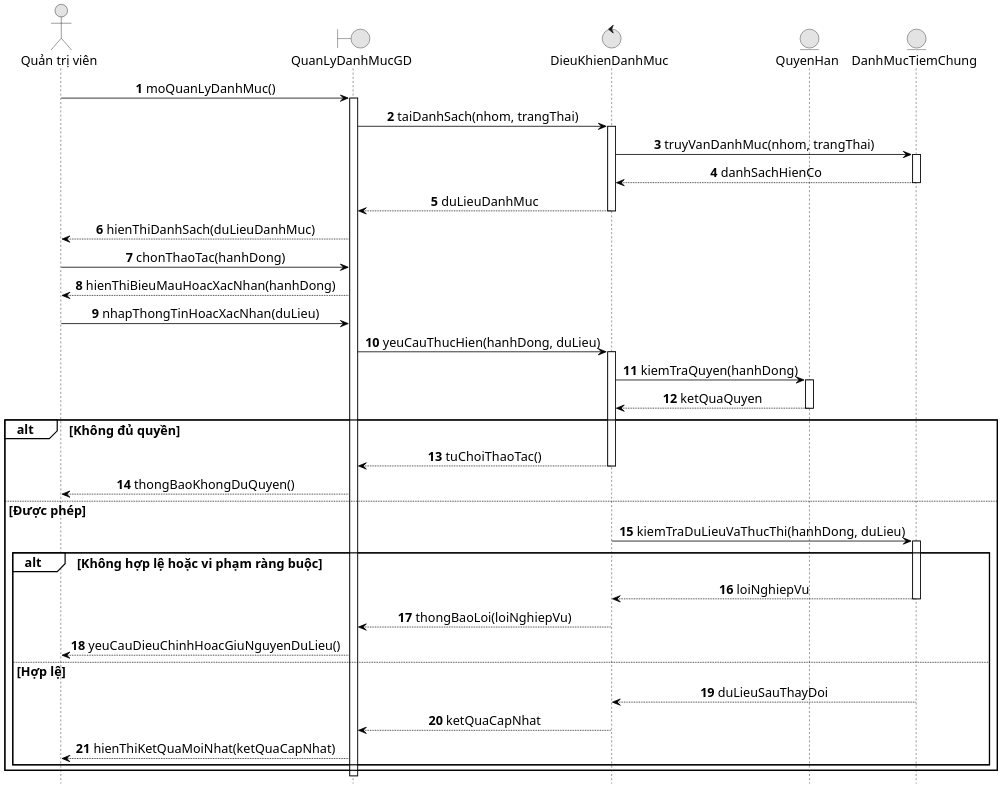
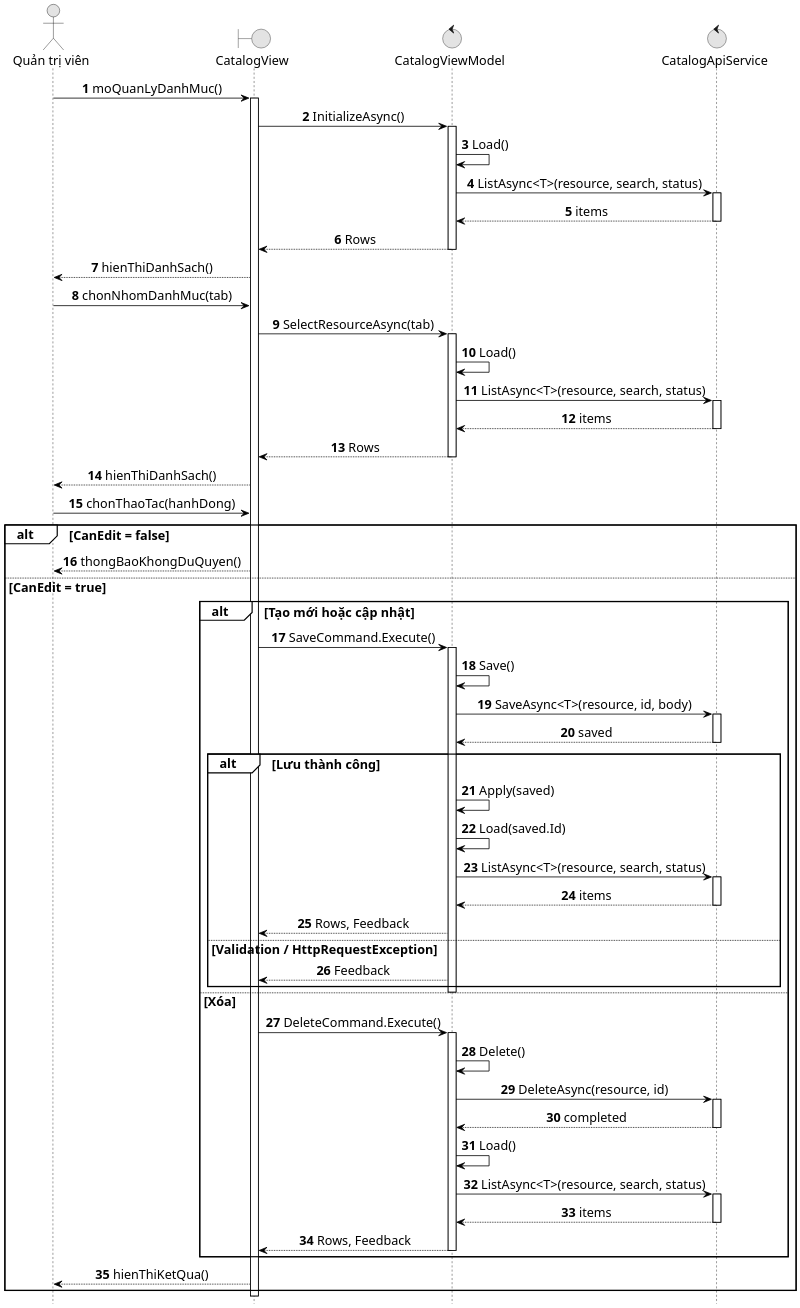
One commit to datngo1203/KLCN-QuanLyTiemChung changed the diagram in docs/thesis/uml/Hinh_2_10_Sequence_Quan_Ly_Danh_Muc_Tiem_Chung.puml. Above: the diagram before and after it, drawn with PlantUML.

Commit message:
docs: align UC1 sequence names with implementation

```diff
--- a/docs/thesis/uml/Hinh_2_10_Sequence_Quan_Ly_Danh_Muc_Tiem_Chung.puml
+++ b/docs/thesis/uml/Hinh_2_10_Sequence_Quan_Ly_Danh_Muc_Tiem_Chung.puml
@@ -1,80 +1,104 @@
 @startuml
 ' THESIS-R1 - HUIT/Rational Rose Sequence Diagram profile
+' UC1 naming aligned to main implementation
 skinparam monochrome true
 skinparam shadowing false
 skinparam backgroundColor white
 skinparam defaultFontName "Times New Roman"
 skinparam defaultFontSize 16
 skinparam dpi 180
 skinparam sequence {
   ArrowColor black
   LifeLineBorderColor black
   LifeLineBackgroundColor white
   ParticipantBorderColor black
   ParticipantBackgroundColor white
   ActorBorderColor black
   ActorFontColor black
   ParticipantFontColor black
   GroupBorderColor black
   GroupBackgroundColor white
   GroupFontColor black
   MessageAlign center
 }
 hide footbox
 autonumber
 
 actor "Quản trị viên" as Admin
-boundary "QuanLyDanhMucGD" as UI
-control "DieuKhienDanhMuc" as CatalogControl
-entity "QuyenHan" as Permission
-entity "DanhMucTiemChung" as Catalog
+boundary "CatalogView" as View
+control "CatalogViewModel" as VM
+control "CatalogApiService" as Service
 
-Admin -> UI : moQuanLyDanhMuc()
-activate UI
+Admin -> View : moQuanLyDanhMuc()
+activate View
+View -> VM : InitializeAsync()
+activate VM
+VM -> VM : Load()
+VM -> Service : ListAsync<T>(resource, search, status)
+activate Service
+Service --> VM : items
+deactivate Service
+VM --> View : Rows
+deactivate VM
+View --> Admin : hienThiDanhSach()
 
-UI -> CatalogControl : taiDanhSach(nhom, trangThai)
-activate CatalogControl
-CatalogControl -> Catalog : truyVanDanhMuc(nhom, trangThai)
-activate Catalog
-Catalog --> CatalogControl : danhSachHienCo
-deactivate Catalog
-CatalogControl --> UI : duLieuDanhMuc
-deactivate CatalogControl
-UI --> Admin : hienThiDanhSach(duLieuDanhMuc)
+Admin -> View : chonNhomDanhMuc(tab)
+View -> VM : SelectResourceAsync(tab)
+activate VM
+VM -> VM : Load()
+VM -> Service : ListAsync<T>(resource, search, status)
+activate Service
+Service --> VM : items
+deactivate Service
+VM --> View : Rows
+deactivate VM
+View --> Admin : hienThiDanhSach()
 
-Admin -> UI : chonThaoTac(hanhDong)
-UI --> Admin : hienThiBieuMauHoacXacNhan(hanhDong)
-Admin -> UI : nhapThongTinHoacXacNhan(duLieu)
+Admin -> View : chonThaoTac(hanhDong)
 
-UI -> CatalogControl : yeuCauThucHien(hanhDong, duLieu)
-activate CatalogControl
-CatalogControl -> Permission : kiemTraQuyen(hanhDong)
-activate Permission
-Permission --> CatalogControl : ketQuaQuyen
-deactivate Permission
+alt CanEdit = false
+  View --> Admin : thongBaoKhongDuQuyen()
+else CanEdit = true
+  alt Tạo mới hoặc cập nhật
+    View -> VM : SaveCommand.Execute()
+    activate VM
+    VM -> VM : Save()
+    VM -> Service : SaveAsync<T>(resource, id, body)
+    activate Service
+    Service --> VM : saved
+    deactivate Service
 
-alt Không đủ quyền
-  CatalogControl --> UI : tuChoiThaoTac()
-  deactivate CatalogControl
-  UI --> Admin : thongBaoKhongDuQuyen()
-else Được phép
-  CatalogControl -> Catalog : kiemTraDuLieuVaThucThi(hanhDong, duLieu)
-  activate Catalog
+    alt Lưu thành công
+      VM -> VM : Apply(saved)
+      VM -> VM : Load(saved.Id)
+      VM -> Service : ListAsync<T>(resource, search, status)
+      activate Service
+      Service --> VM : items
+      deactivate Service
+      VM --> View : Rows, Feedback
+    else Validation / HttpRequestException
+      VM --> View : Feedback
+    end
+    deactivate VM
+  else Xóa
+    View -> VM : DeleteCommand.Execute()
+    activate VM
+    VM -> VM : Delete()
+    VM -> Service : DeleteAsync(resource, id)
+    activate Service
+    Service --> VM : completed
+    deactivate Service
+    VM -> VM : Load()
+    VM -> Service : ListAsync<T>(resource, search, status)
+    activate Service
+    Service --> VM : items
+    deactivate Service
+    VM --> View : Rows, Feedback
+    deactivate VM
+  end
 
-  alt Không hợp lệ hoặc vi phạm ràng buộc
-    Catalog --> CatalogControl : loiNghiepVu
-    deactivate Catalog
-    CatalogControl --> UI : thongBaoLoi(loiNghiepVu)
-    deactivate CatalogControl
-    UI --> Admin : yeuCauDieuChinhHoacGiuNguyenDuLieu()
-  else Hợp lệ
-    Catalog --> CatalogControl : duLieuSauThayDoi
-    deactivate Catalog
-    CatalogControl --> UI : ketQuaCapNhat
-    deactivate CatalogControl
-    UI --> Admin : hienThiKetQuaMoiNhat(ketQuaCapNhat)
-  end
+  View --> Admin : hienThiKetQua()
 end
 
-deactivate UI
+deactivate View
 @enduml
```
